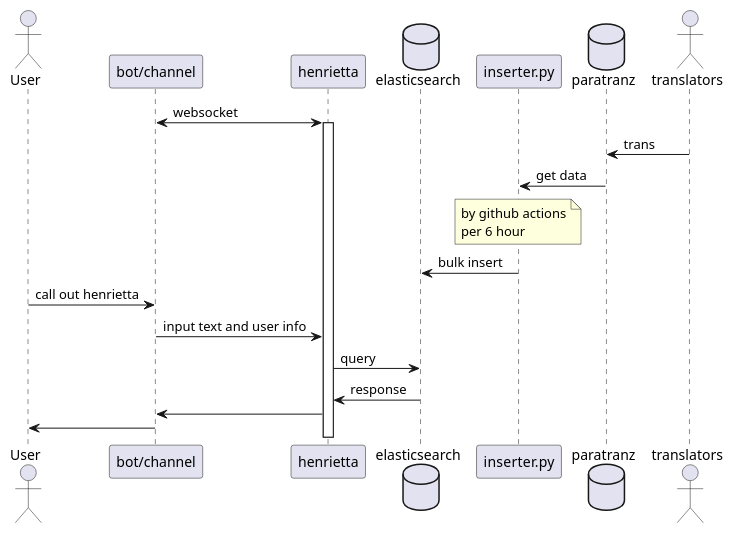
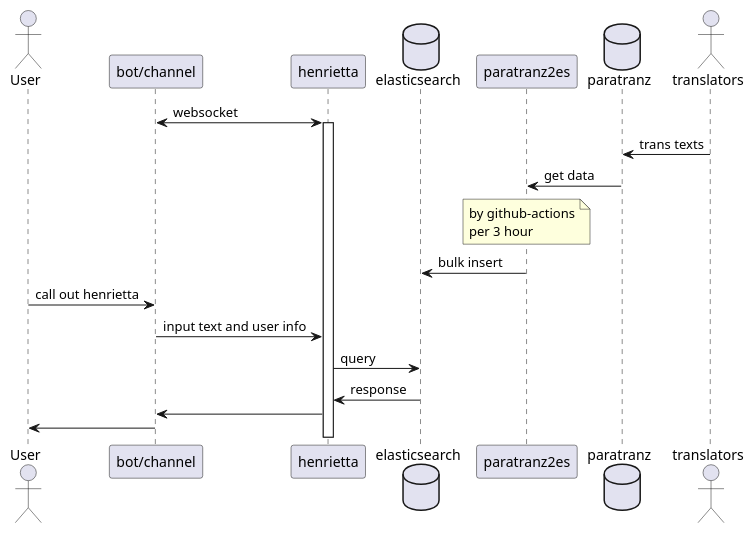
The diagram in Resource/README.img1.puml (matanki-saito/discordbot), drawn with PlantUML before and after one commit. The commit also changed 3 other files, not shown here.

```diff
--- a/Resource/README.img1.puml
+++ b/Resource/README.img1.puml
@@ -1,29 +1,30 @@
 @startuml
 
 Actor User
 participant "bot/channel"
 participant henrietta
 database elasticsearch
-participant inserter.py
+participant paratranz2es
 database paratranz
 Actor translators
+
 
 henrietta <-> "bot/channel" : websocket
 activate henrietta
 
-paratranz <- translators: trans
-inserter.py <- paratranz : get data
+paratranz <- translators: trans texts
+paratranz2es <- paratranz : get data
 
-note over inserter.py: by github actions\nper 6 hour
+note over paratranz2es: by github-actions\nper 3 hour
 
 
-elasticsearch <- inserter.py : bulk insert
+elasticsearch <- paratranz2es : bulk insert
 
 User -> "bot/channel" : call out henrietta
 "bot/channel" -> henrietta : input text and user info
 henrietta -> elasticsearch : query
 henrietta <- elasticsearch : response
 "bot/channel" <- henrietta
 User <- "bot/channel"
 
 @enduml
```
